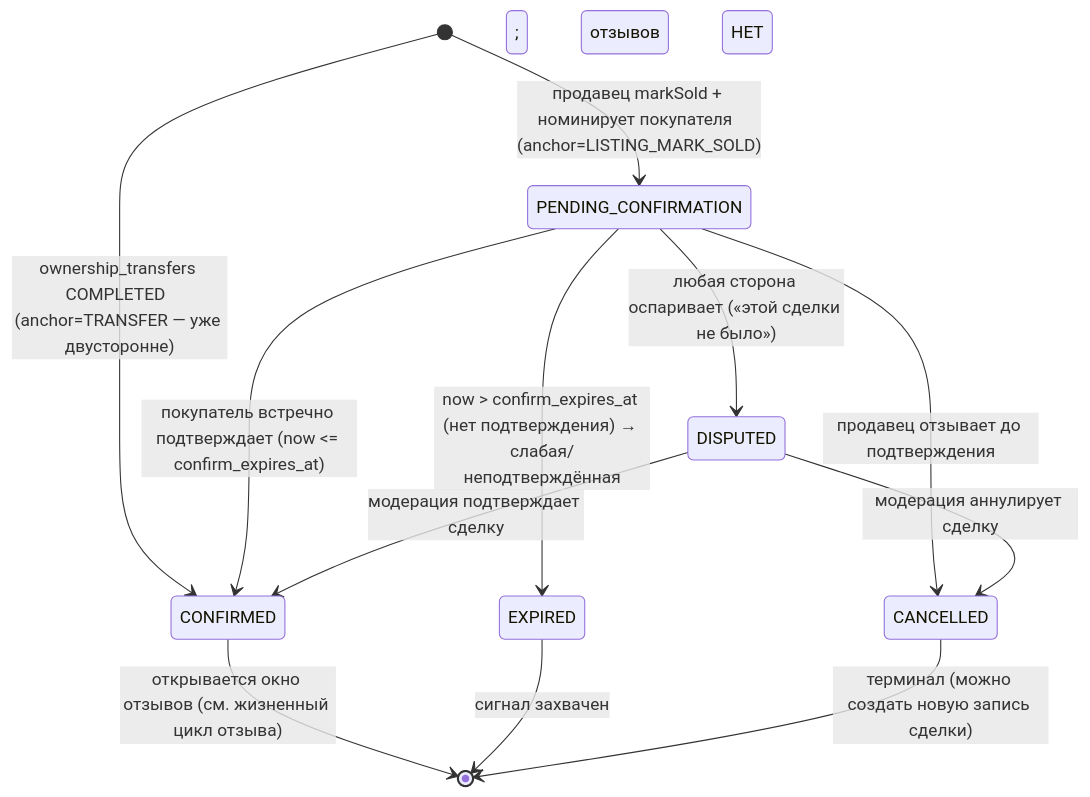
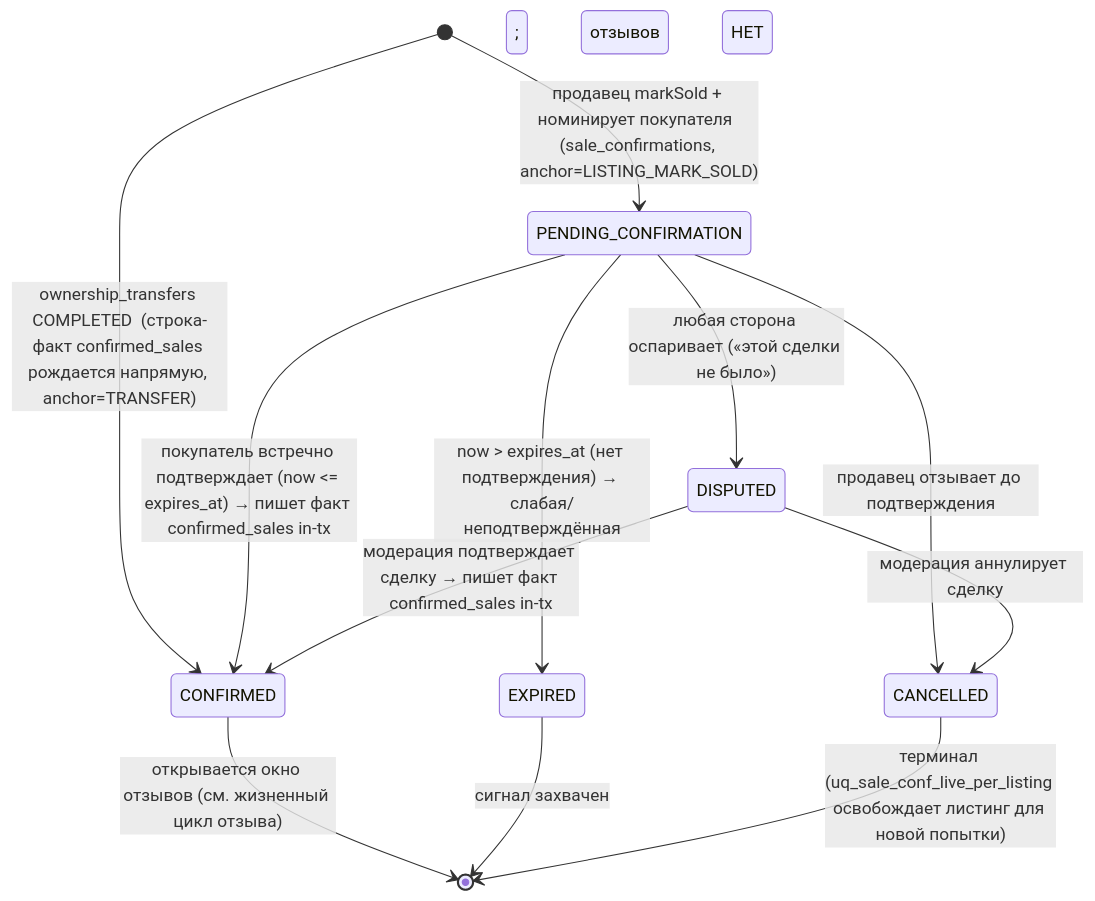
One commit to Aleksandr-Sulimenko/ZooLink changed the diagram in docsRU/specs/18-reputation.md. Above: the diagram before and after it, drawn with Mermaid. The commit also changed other lines of this file and 21 other files, not shown here.

````diff
--- a/docsRU/specs/18-reputation.md
+++ b/docsRU/specs/18-reputation.md
@@ -254,14 +285,14 @@
 ```mermaid
 stateDiagram-v2
-    [*] --> PENDING_CONFIRMATION: продавец markSold + номинирует покупателя  (anchor=LISTING_MARK_SOLD)
-    [*] --> CONFIRMED: ownership_transfers COMPLETED  (anchor=TRANSFER — уже двусторонне)
-    PENDING_CONFIRMATION --> CONFIRMED: покупатель встречно подтверждает (now <= confirm_expires_at)
+    [*] --> PENDING_CONFIRMATION: продавец markSold + номинирует покупателя  (sale_confirmations, anchor=LISTING_MARK_SOLD)
+    [*] --> CONFIRMED: ownership_transfers COMPLETED  (строка-факт confirmed_sales рождается напрямую, anchor=TRANSFER)
+    PENDING_CONFIRMATION --> CONFIRMED: покупатель встречно подтверждает (now <= expires_at) → пишет факт confirmed_sales in-tx
     PENDING_CONFIRMATION --> DISPUTED: любая сторона оспаривает («этой сделки не было»)
-    PENDING_CONFIRMATION --> EXPIRED: now > confirm_expires_at (нет подтверждения) → слабая/неподтверждённая
+    PENDING_CONFIRMATION --> EXPIRED: now > expires_at (нет подтверждения) → слабая/неподтверждённая
     PENDING_CONFIRMATION --> CANCELLED: продавец отзывает до подтверждения
-    DISPUTED --> CONFIRMED: модерация подтверждает сделку
+    DISPUTED --> CONFIRMED: модерация подтверждает сделку → пишет факт confirmed_sales in-tx
     DISPUTED --> CANCELLED: модерация аннулирует сделку
     CONFIRMED --> [*]: открывается окно отзывов (см. жизненный цикл отзыва)
     EXPIRED --> [*]: сигнал захвачен; отзывов НЕТ
-    CANCELLED --> [*]: терминал (можно создать новую запись сделки)
+    CANCELLED --> [*]: терминал (uq_sale_conf_live_per_listing освобождает листинг для новой попытки)
 ```
````
